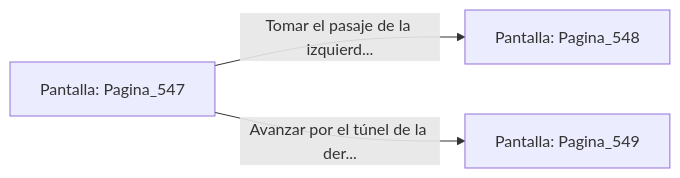
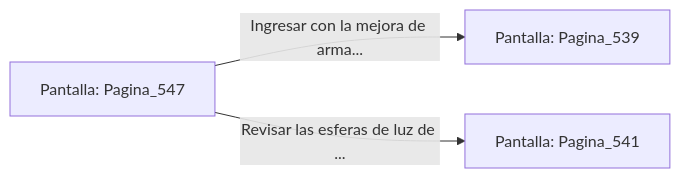
The diagram in sample/eligejuego-vault/Pantalla_Pagina_547.md (metsuke/mpl), drawn with Mermaid before and after one commit. The commit also changed other lines of this file and 635 other files, not shown here.

First line of the commit message:
fix: añadir Pagina_1 como pantalla inicial en capitulo_01.mpl

````diff
--- a/sample/eligejuego-vault/Pantalla_Pagina_547.md
+++ b/sample/eligejuego-vault/Pantalla_Pagina_547.md
@@ -20,6 +24,6 @@
 ```mermaid
 graph LR
     P_Pagina_547["Pantalla: Pagina_547"]
-    P_Pagina_547 -->|"Tomar el pasaje de la izquierd..."| P_Pagina_548["Pantalla: Pagina_548"]
-    P_Pagina_547 -->|"Avanzar por el túnel de la der..."| P_Pagina_549["Pantalla: Pagina_549"]
+    P_Pagina_547 -->|"Ingresar con la mejora de arma..."| P_Pagina_539["Pantalla: Pagina_539"]
+    P_Pagina_547 -->|"Revisar las esferas de luz de ..."| P_Pagina_541["Pantalla: Pagina_541"]
 ```
````
